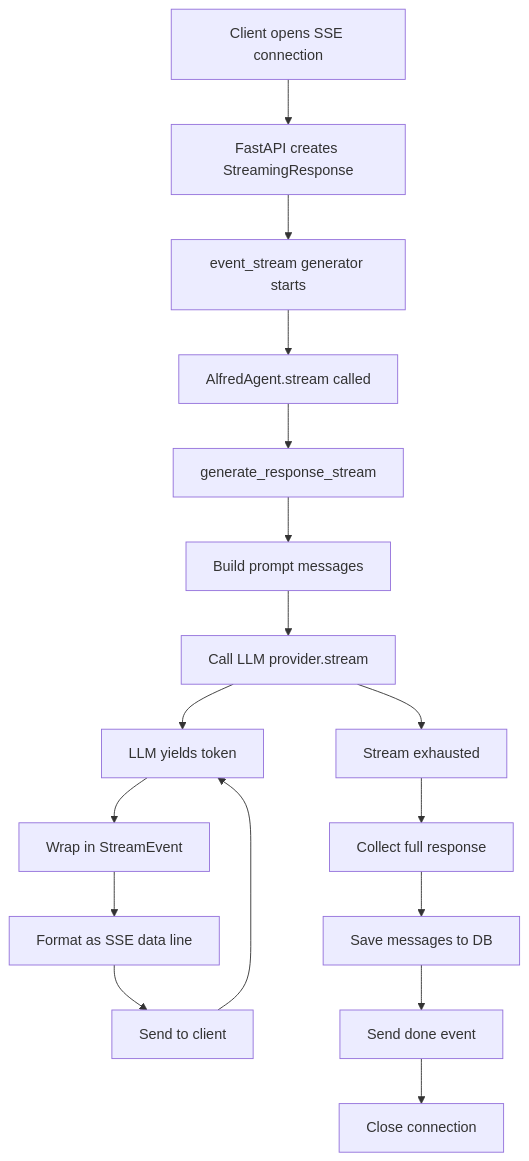
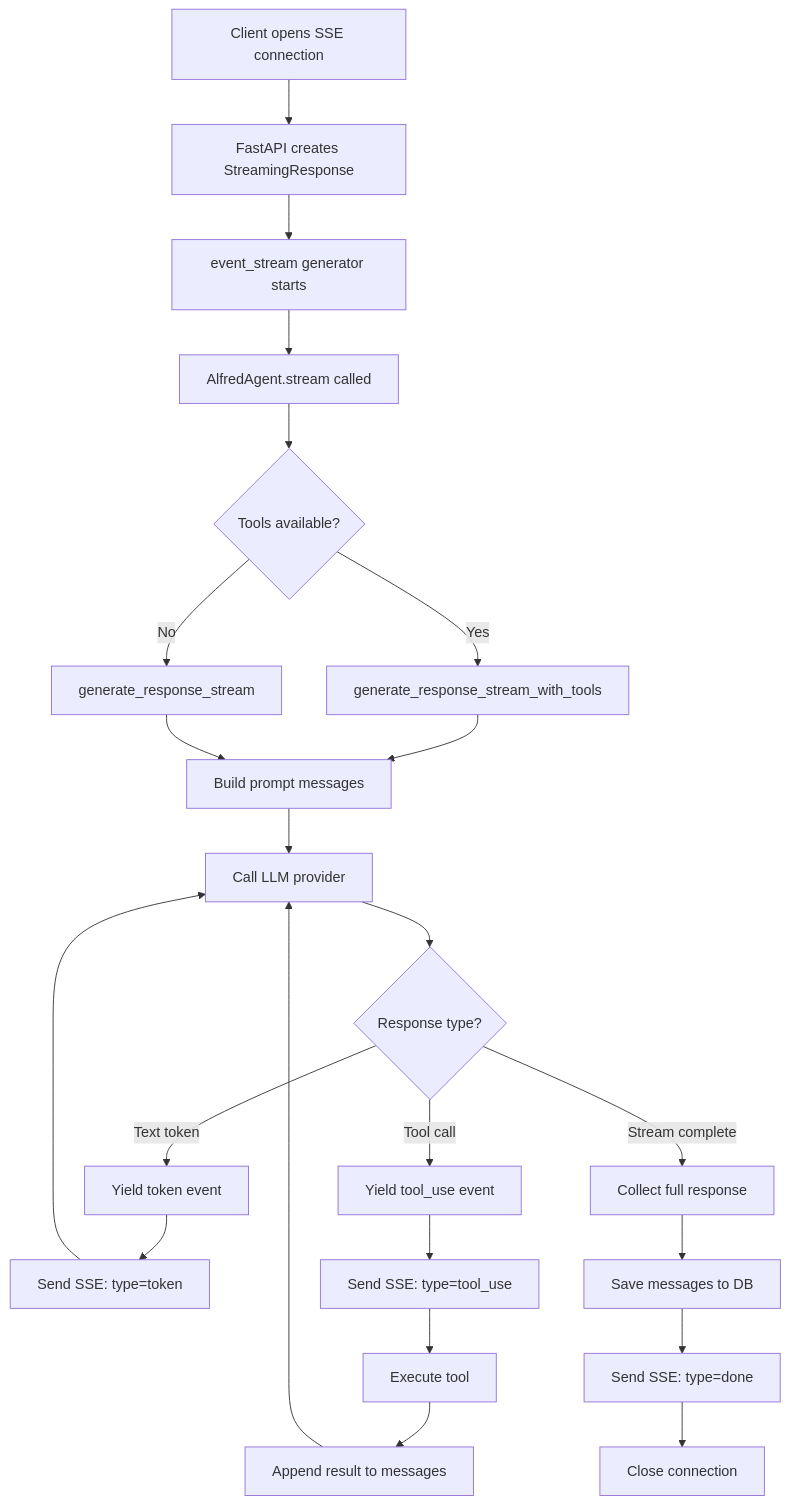
The diagram in .claude/diagrams/streaming-flow.md (tekkno89/alfred-pa), drawn with Mermaid before and after one commit. The commit also changed other lines of this file and 7 other files, not shown here.

First line of the commit message:
docs: Update diagrams and docs for web search and tool-calling system

````diff
--- a/.claude/diagrams/streaming-flow.md
+++ b/.claude/diagrams/streaming-flow.md
@@ -5,19 +5,25 @@
 ```mermaid
 graph TD
     A[Client opens SSE connection] --> B[FastAPI creates StreamingResponse]
     B --> C[event_stream generator starts]
     C --> D[AlfredAgent.stream called]
-    D --> E[generate_response_stream]
-    E --> F[Build prompt messages]
-    F --> G[Call LLM provider.stream]
-    G --> H[LLM yields token]
-    H --> I[Wrap in StreamEvent]
-    I --> J[Format as SSE data line]
-    J --> K[Send to client]
-    K --> H
-    G --> L[Stream exhausted]
-    L --> M[Collect full response]
-    M --> N[Save messages to DB]
-    N --> O[Send done event]
-    O --> P[Close connection]
+    D --> E{Tools available?}
+    E -->|Yes| F[generate_response_stream_with_tools]
+    E -->|No| G[generate_response_stream]
+    F --> H[Build prompt messages]
+    G --> H
+    H --> I[Call LLM provider]
+    I --> J{Response type?}
+    J -->|Text token| K[Yield token event]
+    K --> L[Send SSE: type=token]
+    L --> I
+    J -->|Tool call| M[Yield tool_use event]
+    M --> N[Send SSE: type=tool_use]
+    N --> O[Execute tool]
+    O --> P[Append result to messages]
+    P --> I
+    J -->|Stream complete| Q[Collect full response]
+    Q --> R[Save messages to DB]
+    R --> S[Send SSE: type=done]
+    S --> T[Close connection]
 ```
````
